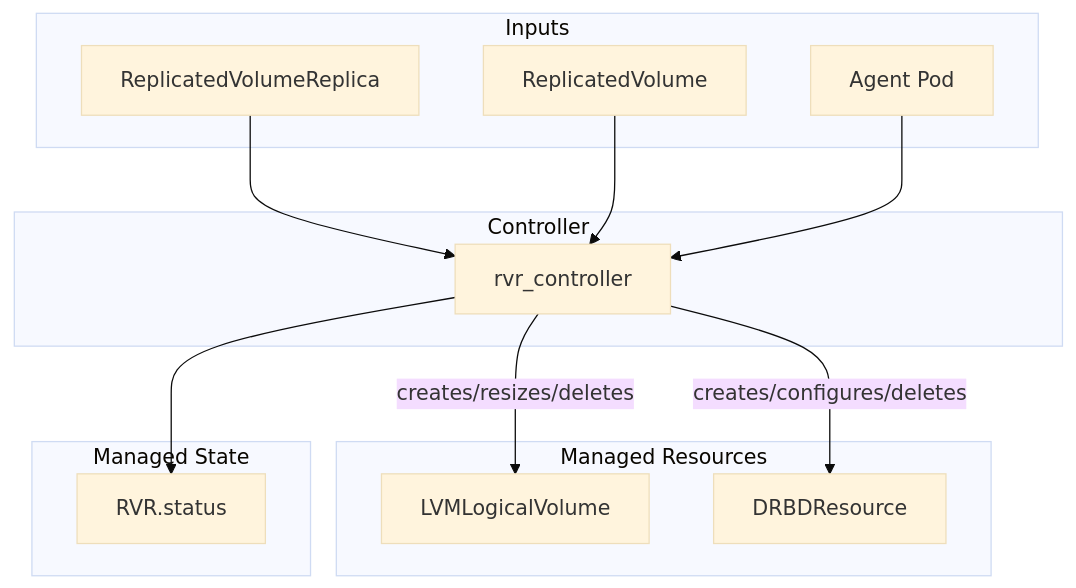
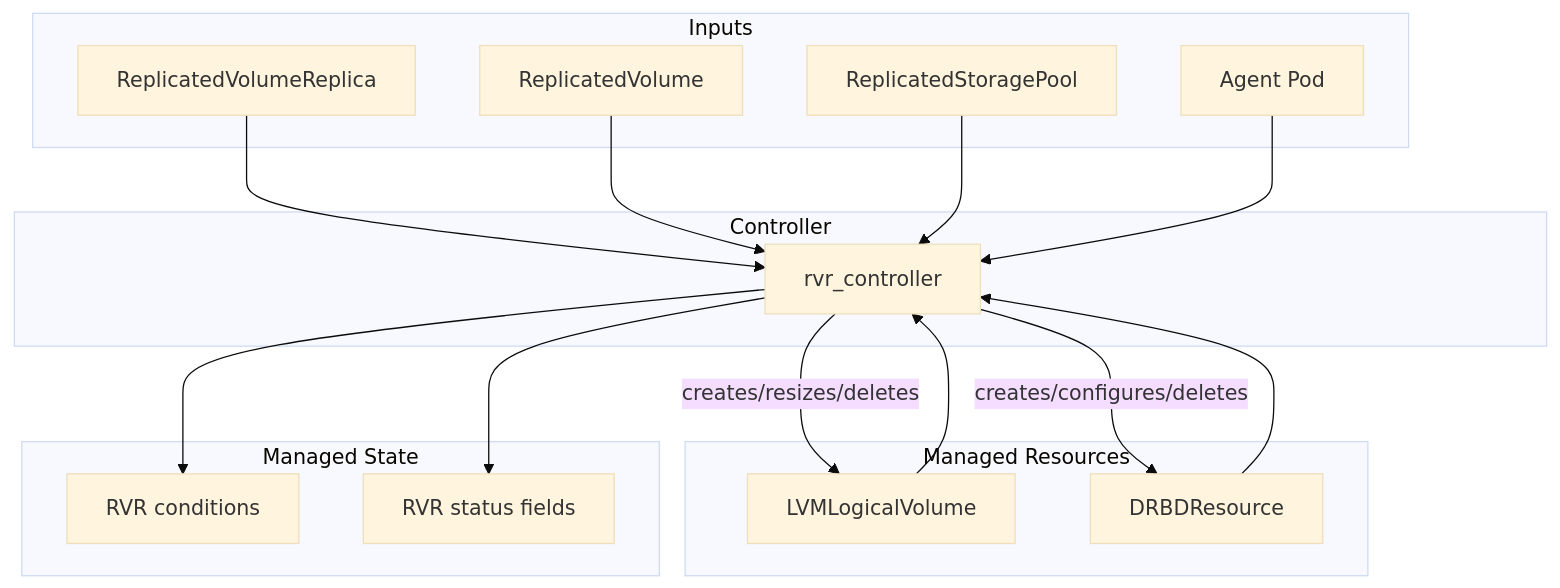
Before and after one commit to deckhouse/sds-replicated-volume: the second of 2 diagrams in images/controller/README.md, drawn with Mermaid (base theme). The commit also changed other lines of this file and 24 other files, not shown here.

First line of the commit message:
[controller] Implement RVR status reporting and eligible-node watches

````diff
--- a/images/controller/README.md
+++ b/images/controller/README.md
@@ -75,28 +75,34 @@
 ```mermaid
 flowchart TB
     subgraph inputs [Inputs]
         RVR[ReplicatedVolumeReplica]
         RV[ReplicatedVolume]
+        RSP[ReplicatedStoragePool]
         AgentPod[Agent Pod]
     end
 
     subgraph controller [Controller]
         RVRCtrl[rvr_controller]
     end
 
     subgraph managed [Managed Resources]
         LLV[LVMLogicalVolume]
         DRBDR[DRBDResource]
     end
 
     subgraph status [Managed State]
-        RVRStatus[RVR.status]
+        Conditions[RVR conditions]
+        StatusFields[RVR status fields]
     end
 
     RVR --> RVRCtrl
     RV --> RVRCtrl
+    RSP --> RVRCtrl
     AgentPod --> RVRCtrl
+    LLV --> RVRCtrl
+    DRBDR --> RVRCtrl
     RVRCtrl -->|creates/resizes/deletes| LLV
     RVRCtrl -->|creates/configures/deletes| DRBDR
-    RVRCtrl --> RVRStatus
+    RVRCtrl --> Conditions
+    RVRCtrl --> StatusFields
 ```
````
